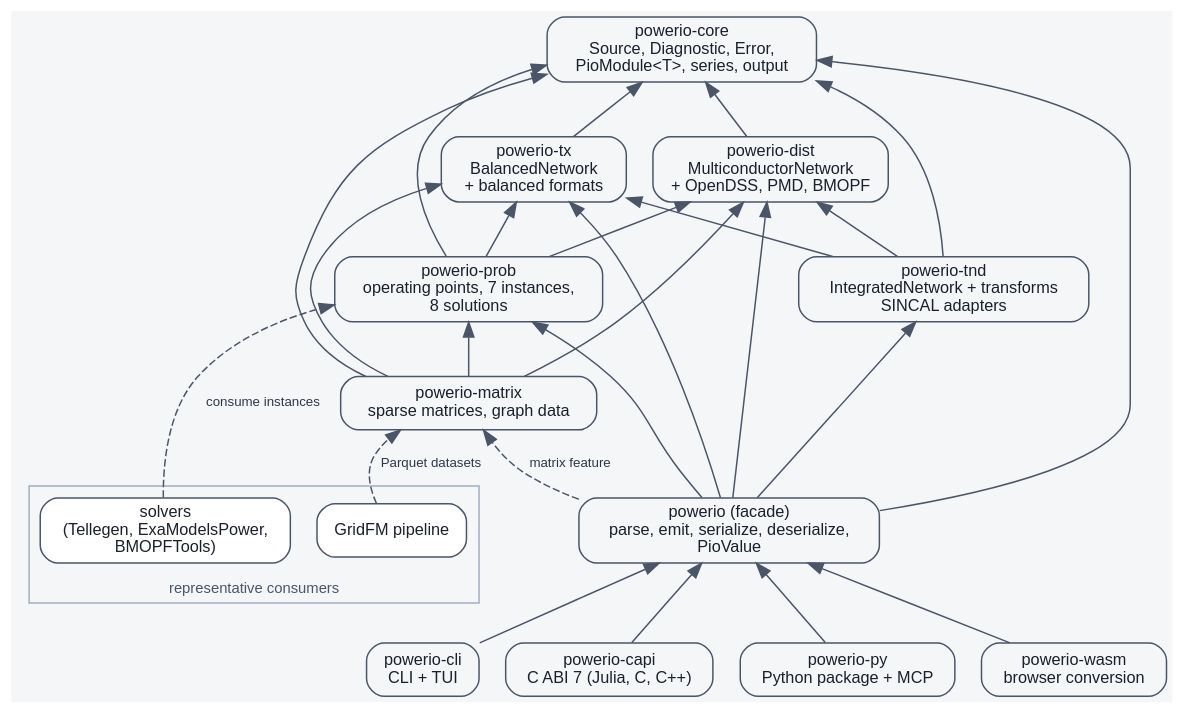
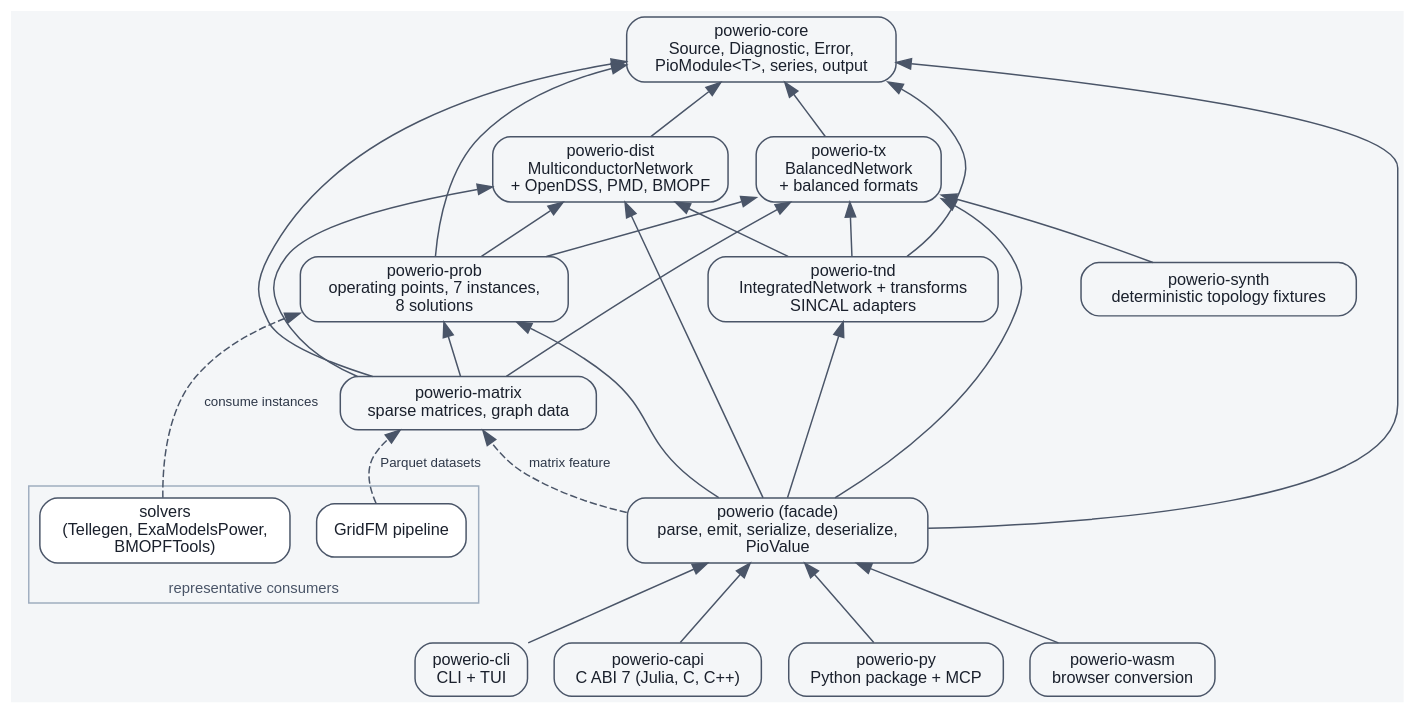
The diagram in docs/diagrams/architecture.dot (BurhanAbdullah/powerio), drawn with Graphviz before and after one commit. The commit also changed 2 other files, not shown here.

Commit message:
fix(ci): include synth in architecture map and test mirror

```diff
--- a/docs/diagrams/architecture.dot
+++ b/docs/diagrams/architecture.dot
@@ -1,63 +1,65 @@
 // The primary architecture map: components, dependency direction, and the
 // two network families. Edges read "depends on" unless labeled. Checked
 // against cargo metadata by scripts/check-architecture-map.py; the committed
 // SVG is generated by the same script. Node ids that name crates must match
 // workspace member names exactly.
 digraph powerio_architecture {
     rankdir = BT;
     bgcolor = "#f4f6f8";
     node [shape = box, style = "rounded,filled", fillcolor = "#f4f6f8",
           color = "#4a5568", fontname = "Helvetica", fontsize = 11,
           fontcolor = "#1a202c"];
     edge [color = "#4a5568", fontname = "Helvetica", fontsize = 9,
           fontcolor = "#2d3748"];
 
     subgraph cluster_consumers {
         label = "representative consumers";
         fontname = "Helvetica"; fontsize = 10; color = "#a0aec0"; fontcolor = "#4a5568";
         solvers [label = "solvers\n(Tellegen, ExaModelsPower,\nBMOPFTools)", fillcolor = "#ffffff"];
         gridfm_ml [label = "GridFM pipeline", fillcolor = "#ffffff"];
     }
 
     "powerio-cli" [label = "powerio-cli\nCLI + TUI"];
     "powerio-capi" [label = "powerio-capi\nC ABI 7 (Julia, C, C++)"];
     "powerio-py" [label = "powerio-py\nPython package + MCP"];
     "powerio-wasm" [label = "powerio-wasm\nbrowser conversion"];
 
     powerio [label = "powerio (facade)\nparse, emit, serialize, deserialize,\nPioValue"];
 
     "powerio-matrix" [label = "powerio-matrix\nsparse matrices, graph data"];
+    "powerio-synth" [label = "powerio-synth\ndeterministic topology fixtures"];
     "powerio-prob" [label = "powerio-prob\noperating points, 7 instances,\n8 solutions"];
 
     "powerio-tx" [label = "powerio-tx\nBalancedNetwork\n+ balanced formats"];
     "powerio-dist" [label = "powerio-dist\nMulticonductorNetwork\n+ OpenDSS, PMD, BMOPF"];
 
     "powerio-core" [label = "powerio-core\nSource, Diagnostic, Error,\nPioModule<T>, series, output"];
     "powerio-tnd" [label = "powerio-tnd\nIntegratedNetwork + transforms\nSINCAL adapters"];
 
+    "powerio-synth" -> "powerio-tx";
     "powerio-tx" -> "powerio-core";
     "powerio-tnd" -> "powerio-tx";
     "powerio-tnd" -> "powerio-dist";
     "powerio-dist" -> "powerio-core";
     "powerio-tnd" -> "powerio-core";
     "powerio-prob" -> "powerio-core";
     "powerio-prob" -> "powerio-tx";
     "powerio-prob" -> "powerio-dist";
     "powerio-matrix" -> "powerio-core";
     "powerio-matrix" -> "powerio-tx";
     "powerio-matrix" -> "powerio-dist";
     "powerio-matrix" -> "powerio-prob";
     powerio -> "powerio-core";
     powerio -> "powerio-tnd";
     powerio -> "powerio-tx";
     powerio -> "powerio-dist";
     powerio -> "powerio-prob";
     powerio -> "powerio-matrix" [label = "matrix feature", style = dashed];
     "powerio-cli" -> powerio;
     "powerio-capi" -> powerio;
     "powerio-py" -> powerio;
     "powerio-wasm" -> powerio;
 
     solvers -> "powerio-prob" [label = "consume instances", style = dashed];
     gridfm_ml -> "powerio-matrix" [label = "Parquet datasets", style = dashed];
 }
```
